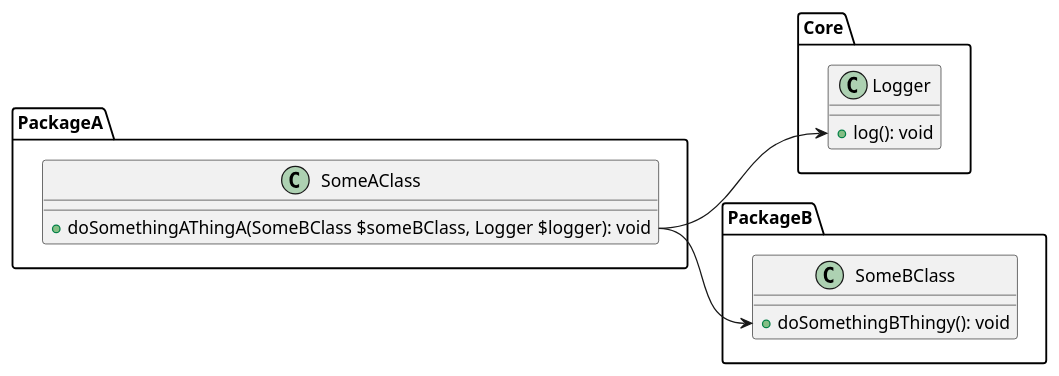
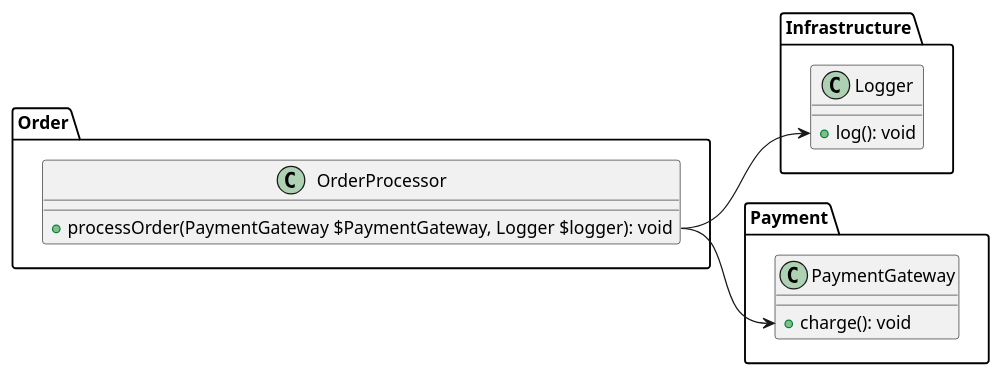
The diagram in source/_posts/enforcing-ports-and-adapters-in-php-with-deptrac.md (s0enke/ruempler.eu), drawn with PlantUML before and after one commit. The commit also changed other lines of this file, not shown here.

````diff
--- a/source/_posts/enforcing-ports-and-adapters-in-php-with-deptrac.md
+++ b/source/_posts/enforcing-ports-and-adapters-in-php-with-deptrac.md
@@ -82,27 +82,27 @@
 ```plantuml
 @startuml
 
 left to right direction
 
-package "PackageA" {
-    class SomeAClass {
-        + doSomethingAThingA(SomeBClass $someBClass, Logger $logger): void
+package "Order" {
+    class OrderProcessor {
+        + processOrder(PaymentGateway $PaymentGateway, Logger $logger): void
     }
 }
-package "Core" {
+package "Infrastructure" {
     class Logger {
         + log(): void
     }
 }
 
-package "PackageB" {
-    class SomeBClass {
-        + doSomethingBThingy(): void
+package "Payment" {
+    class PaymentGateway {
+        + charge(): void
     }
 }
 
-SomeAClass::doSomethingAThingA --> Logger::log
-SomeAClass::doSomethingAThingA --> SomeBClass::doSomethingBThingy
+OrderProcessor::processOrder --> Logger::log
+OrderProcessor::processOrder --> PaymentGateway::charge
 @enduml
 
 ```
````
